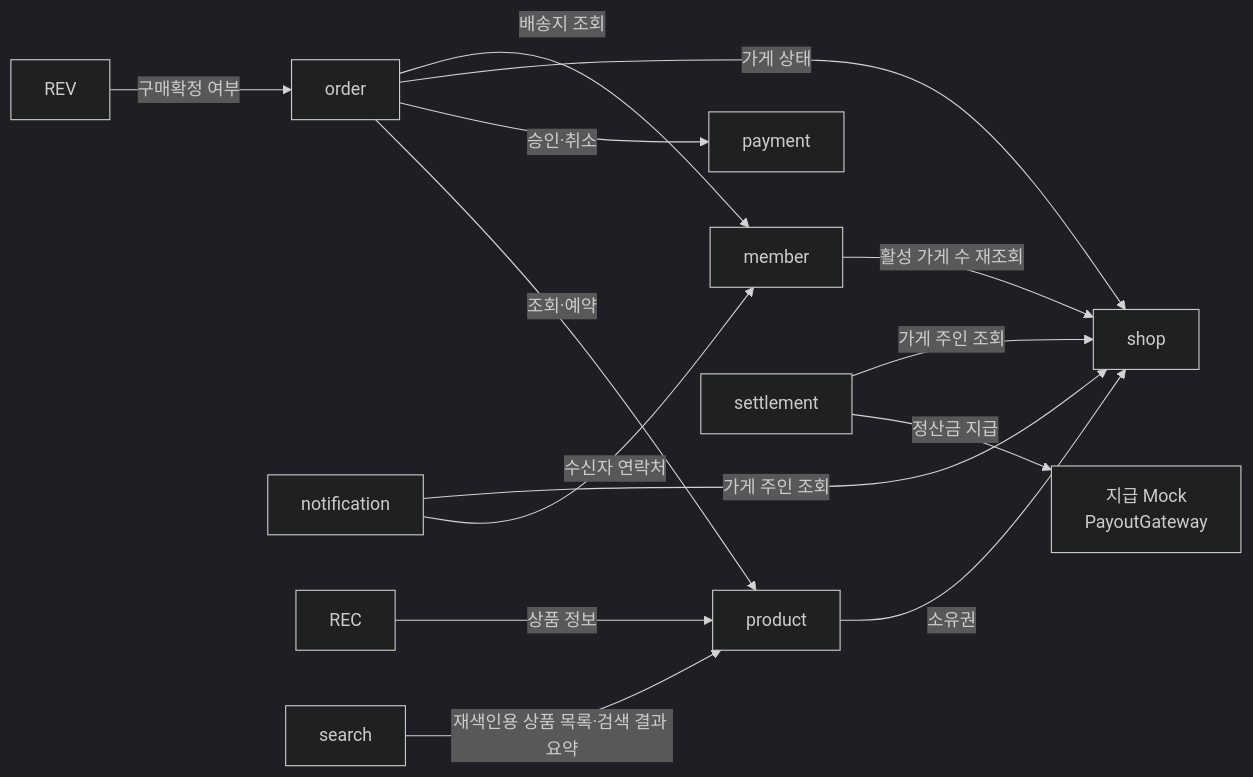
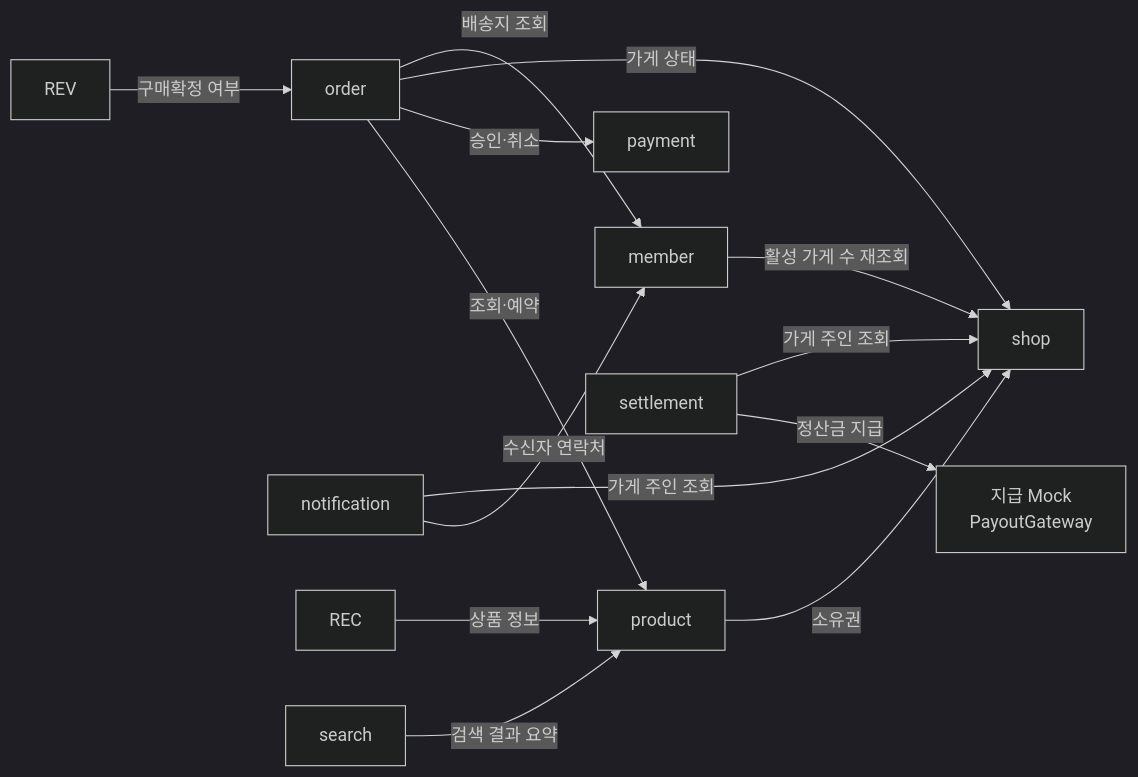
The second of 2 diagrams in docs/02-design/02-architecture-stage1.md (95twan/myroutine-v2), drawn with Mermaid (dark theme) before and after one commit. The commit also changed 43 other files, not shown here.

````diff
--- a/docs/02-design/02-architecture-stage1.md
+++ b/docs/02-design/02-architecture-stage1.md
@@ -56,16 +56,16 @@
 ```mermaid
 flowchart LR
   ORD[order] -->|조회·예약| PRD[product]
   ORD -->|승인·취소| PAY[payment]
   ORD -->|가게 상태| SHOP[shop]
   ORD -->|배송지 조회| MEM[member]
   STL[settlement] -->|정산금 지급| PO[지급 Mock<br/>PayoutGateway]
   STL -->|가게 주인 조회| SHOP
   NTF[notification] -->|수신자 연락처| MEM
   NTF -->|가게 주인 조회| SHOP
   PRD -->|소유권| SHOP
   MEM -->|활성 가게 수 재조회| SHOP
   REV -->|구매확정 여부| ORD
   REC -->|상품 정보| PRD
-  SRC[search] -->|재색인용 상품 목록·검색 결과 요약| PRD
+  SRC[search] -->|검색 결과 요약| PRD
 ```
````
